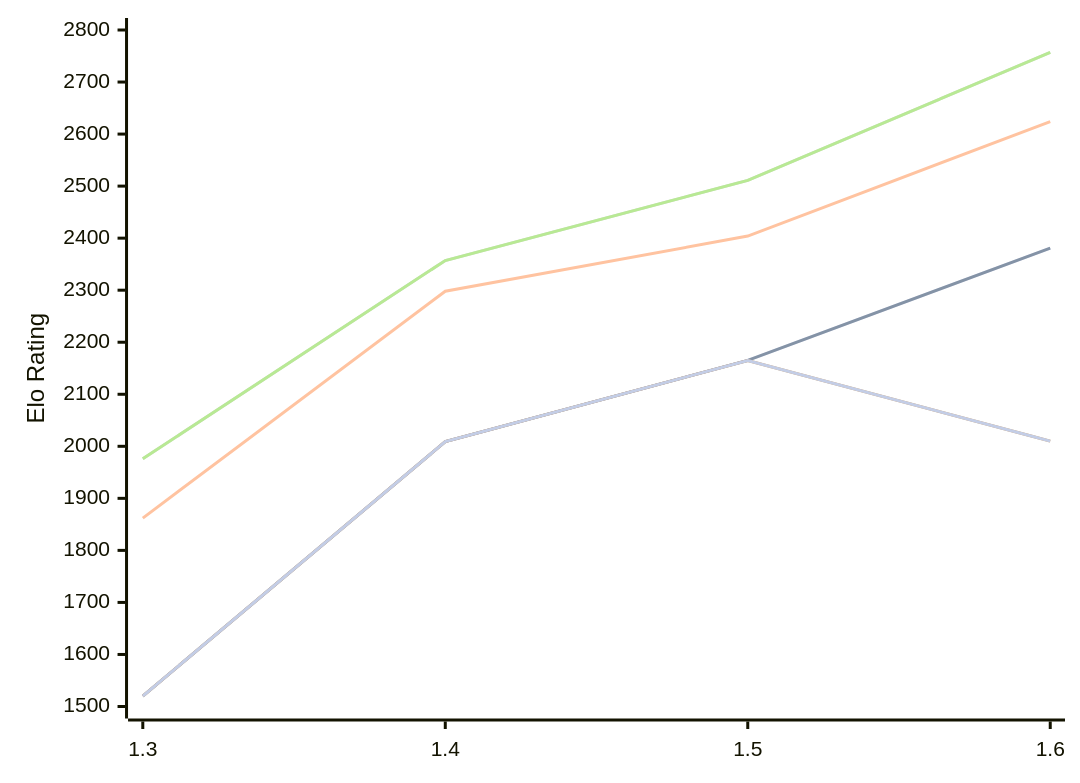
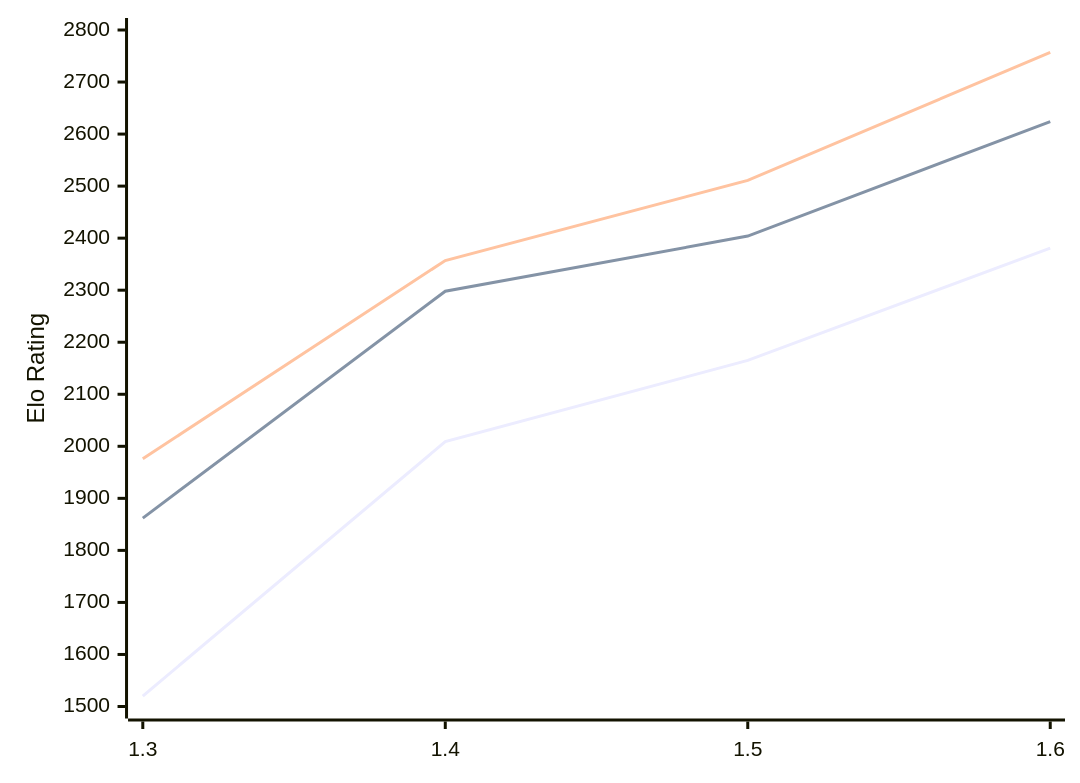
The second of 2 diagrams in engines/Facon.md (computer-chess-index/cci), drawn with Mermaid before and after one commit. The commit also changed other lines of this file, not shown here.

````diff
--- a/engines/Facon.md
+++ b/engines/Facon.md
@@ -52,13 +69,9 @@
 ```mermaid
 %%{init: {"theme":"base","themeVariables":{"seriesColors:['#a3a3a3','#222221','#faa371']}}}%%
 xychart-beta
   x-axis ["1.3", "1.4", "1.5", "1.6"]
   y-axis "Elo Rating" 1500 --> 2800
-  line "" [1520, 2009, 2165, 2381]
   line "T1: STC (8.0+0.08s)" [1520, 2009, 2165, 2381]
   line "T1: LTC (60.0+0.60s)" [1862, 2298, 2404, 2624]
-  line "" [1976, 2357, 2511, 2757]
   line "T1: VLTC (2m24s+1.12s)" [1976, 2357, 2511, 2757]
-  line "" [1520, 2009, 2165,2010, 2195]
-  line "E1: STC (8.0+0.08s)" [1520, 2009, 2165,2010, 2195]
 ```
````
